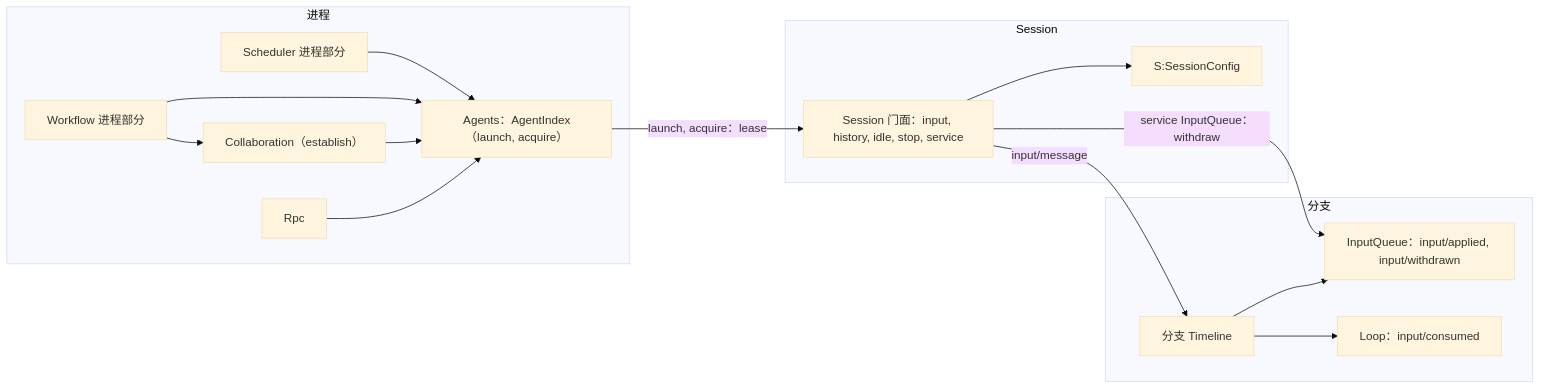
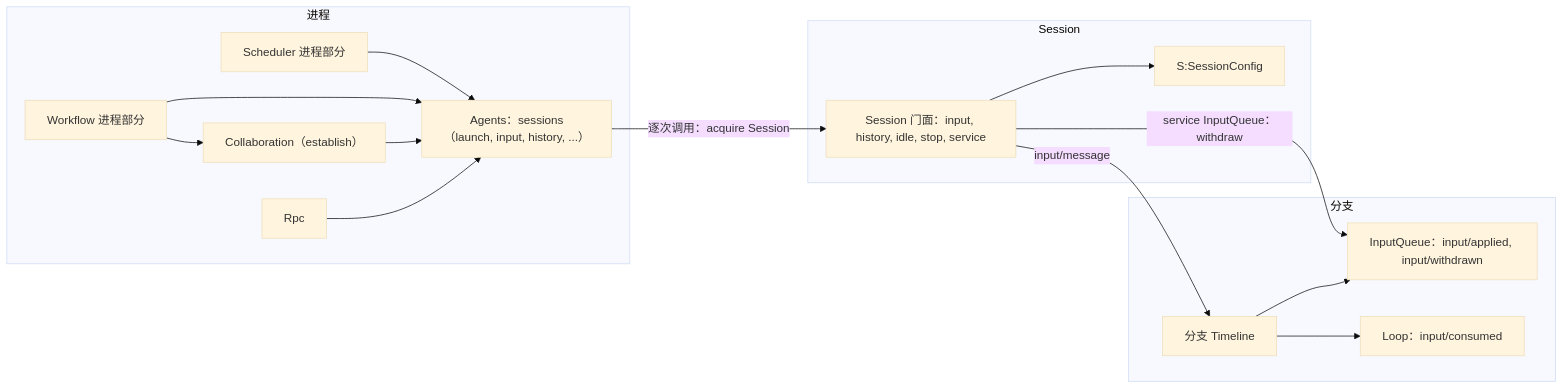
One commit to CoutinhoTTS/dim-agent changed the first of 3 diagrams in docs/zh/design/contracts/session-access.md. Above: the diagram before and after it, drawn with Mermaid (base theme). The commit also changed other lines of this file and 18 other files, not shown here.

````diff
--- a/docs/zh/design/contracts/session-access.md
+++ b/docs/zh/design/contracts/session-access.md
@@ -19,30 +20,30 @@
 ```mermaid
 flowchart LR
   subgraph PROC["进程"]
-    Agents["Agents：AgentIndex（launch, acquire）"]
+    Agents["Agents：sessions（launch, input, history, ...）"]
     Coll["Collaboration（establish）"]
     Sched["Scheduler 进程部分"]
     Wf["Workflow 进程部分"]
     Rpc["Rpc"]
   end
   subgraph SESS["Session"]
     SC["S:SessionConfig"]
     Fac["Session 门面：input, history, idle, stop, service"]
   end
   subgraph BR["分支"]
     IQ["InputQueue：input/applied, input/withdrawn"]
     LP["Loop：input/consumed"]
     TL["分支 Timeline"]
   end
   Sched --> Agents
   Wf --> Agents
   Wf --> Coll
   Coll --> Agents
   Rpc --> Agents
-  Agents -->|"launch, acquire：lease"| Fac
+  Agents -->|"逐次调用：acquire Session"| Fac
   Fac --> SC
   Fac -->|"input/message"| TL
   Fac -->|"service InputQueue：withdraw"| IQ
   TL --> IQ
   TL --> LP
 ```
````
